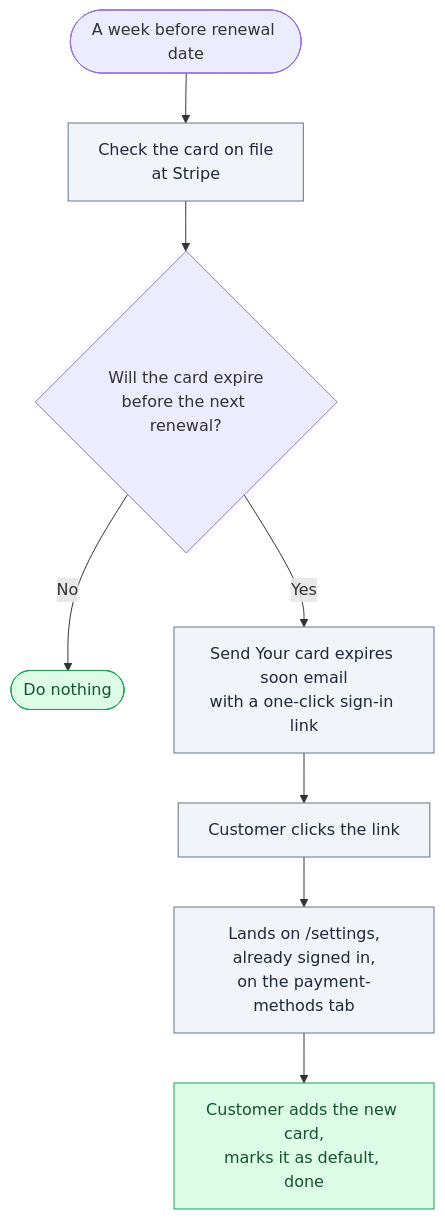
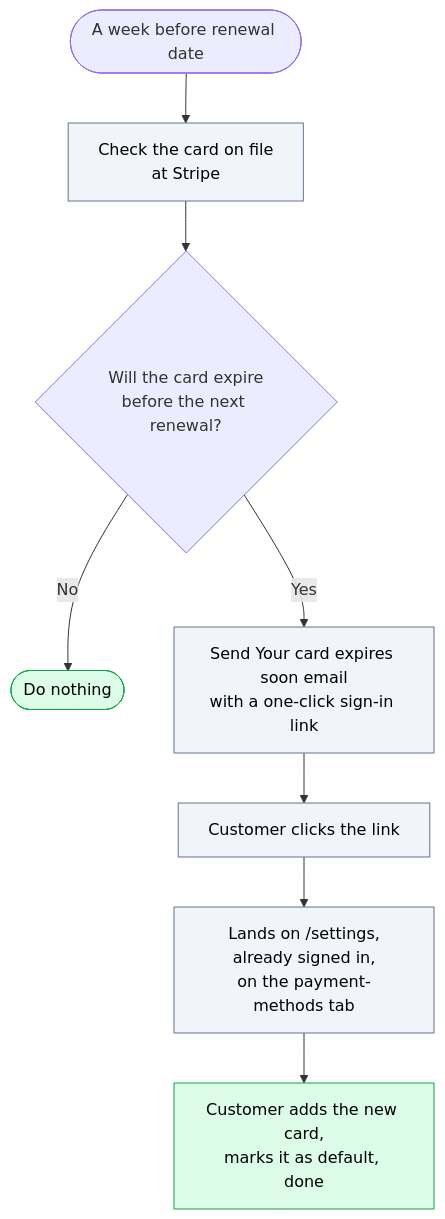
The second of 2 diagrams in content/guides/payment-recovery.md (AchieveCE/achievece-docs), drawn with Mermaid before and after one commit. The commit also changed other lines of this file and 9 other files, not shown here.

First line of the commit message:
refactor(guides): drop Excalidraw diagrams for HTML timeline and mermaid

````diff
--- a/content/guides/payment-recovery.md
+++ b/content/guides/payment-recovery.md
@@ -187,15 +240,15 @@
 ```mermaid
 flowchart TD
   Start([A week before renewal date]) --> Check[Check the card on file<br/>at Stripe]
   Check --> Decision{Will the card expire<br/>before the next renewal?}
   Decision -- No --> Skip([Do nothing])
   Decision -- Yes --> Email[Send Your card expires soon email<br/>with a one-click sign-in link]
   Email --> Click[Customer clicks the link]
   Click --> Landing[Lands on /settings,<br/>already signed in,<br/>on the payment-methods tab]
   Landing --> Update[Customer adds the new card,<br/>marks it as default, done]
 
-  classDef happy fill:#dcfce7,stroke:#16a34a,color:#14532d;
-  classDef neutral fill:#f1f5f9,stroke:#64748b,color:#1e293b;
+  classDef happy fill:#dcfce7,stroke:#16a34a,color:#000000;
+  classDef neutral fill:#f1f5f9,stroke:#64748b,color:#000000;
   class Skip,Update happy;
   class Check,Email,Click,Landing neutral;
 ```
````
